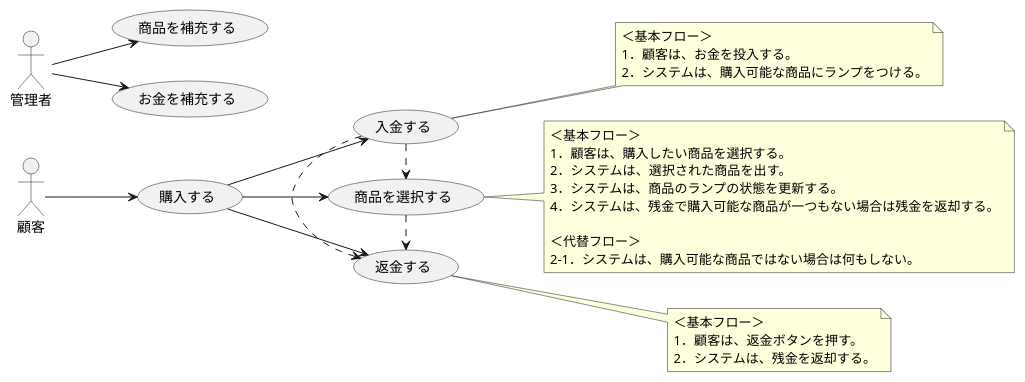
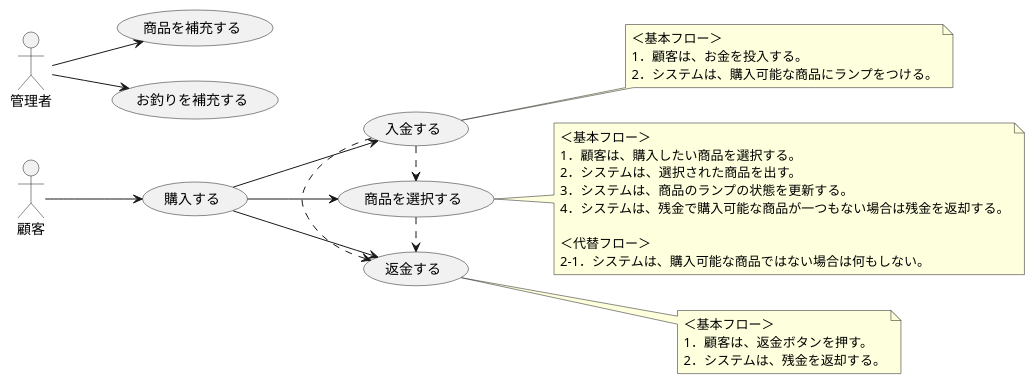
The diagram in modeling/UseCase.md (TakashiOnawa/ModelingPractice-VendingMachine), drawn with PlantUML before and after one commit. The commit also changed 8 other files, not shown here.

````diff
--- a/modeling/UseCase.md
+++ b/modeling/UseCase.md
@@ -1,46 +1,46 @@
 ```puml
 @startuml
 left to right direction
 
 usecase (購入する) as Purches
 usecase (入金する) as Post
 usecase (商品を選択する) as SelectProduct
 usecase (返金する) as Refund
 usecase (商品を補充する) as RestockProduct
-usecase (お金を補充する) as RestockMoney
+usecase (お釣りを補充する) as RestockChange
 
 顧客 --> Purches
 Purches --> Post
 Purches --> SelectProduct
 Purches --> Refund
 Post .> SelectProduct
 Post .> Refund
 SelectProduct .> Refund
 
 管理者 --> RestockProduct
-管理者 --> RestockMoney
+管理者 --> RestockChange
 
 note right of Post
 ＜基本フロー＞
 1．顧客は、お金を投入する。
 2．システムは、購入可能な商品にランプをつける。
 end note
 
 note right of SelectProduct
 ＜基本フロー＞
 1．顧客は、購入したい商品を選択する。
 2．システムは、選択された商品を出す。
 3．システムは、商品のランプの状態を更新する。
 4．システムは、残金で購入可能な商品が一つもない場合は残金を返却する。
 
 ＜代替フロー＞
 2-1．システムは、購入可能な商品ではない場合は何もしない。
 end note
 
 note right of Refund
 ＜基本フロー＞
 1．顧客は、返金ボタンを押す。
 2．システムは、残金を返却する。
 end note
 @enduml
 ```
````
